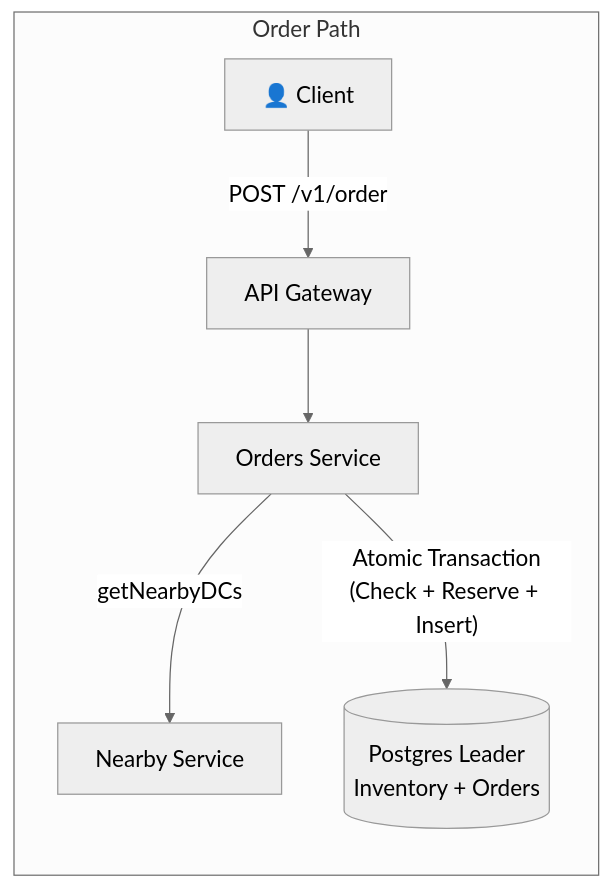
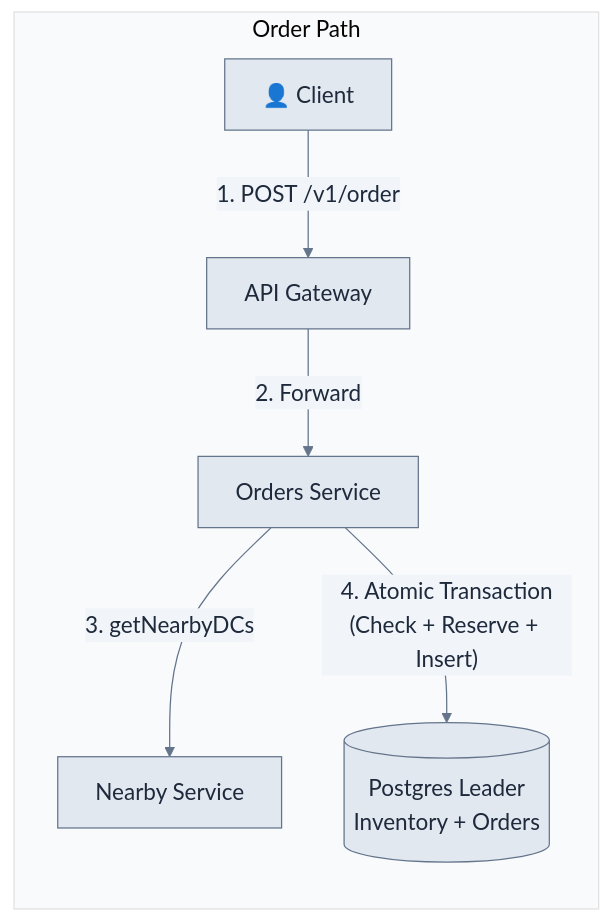
One commit to vipi-n/swe-101 changed the eighth of 14 diagrams in hld/localDeliveryService.md. Above: the diagram before and after it, drawn with Mermaid. The commit also changed other lines of this file, not shown here.

````diff
--- a/hld/localDeliveryService.md
+++ b/hld/localDeliveryService.md
@@ -370,10 +370,10 @@
 ```mermaid
-%%{init: {'theme': 'neutral', 'themeVariables': {'fontSize': '18px'}}}%%
+%%{init: {'theme': 'base', 'themeVariables': {'fontSize': '18px', 'primaryColor': '#e2e8f0', 'primaryTextColor': '#1e293b', 'primaryBorderColor': '#64748b', 'lineColor': '#64748b', 'secondaryColor': '#f1f5f9', 'tertiaryColor': '#f8fafc'}}}%%
 flowchart LR
     subgraph Order Path
-        Client["👤 Client"] -->|"POST /v1/order"| GW["API Gateway"]
-        GW --> OS["Orders Service"]
-        OS -->|"getNearbyDCs"| NS["Nearby Service"]
-        OS -->|"Atomic Transaction<br/>(Check + Reserve + Insert)"| Leader[("Postgres Leader<br/>Inventory + Orders")]
+        Client["👤 Client"] -->|"1. POST /v1/order"| GW["API Gateway"]
+        GW -->|"2. Forward"| OS["Orders Service"]
+        OS -->|"3. getNearbyDCs"| NS["Nearby Service"]
+        OS -->|"4. Atomic Transaction<br/>(Check + Reserve + Insert)"| Leader[("Postgres Leader<br/>Inventory + Orders")]
     end
 ```
````
